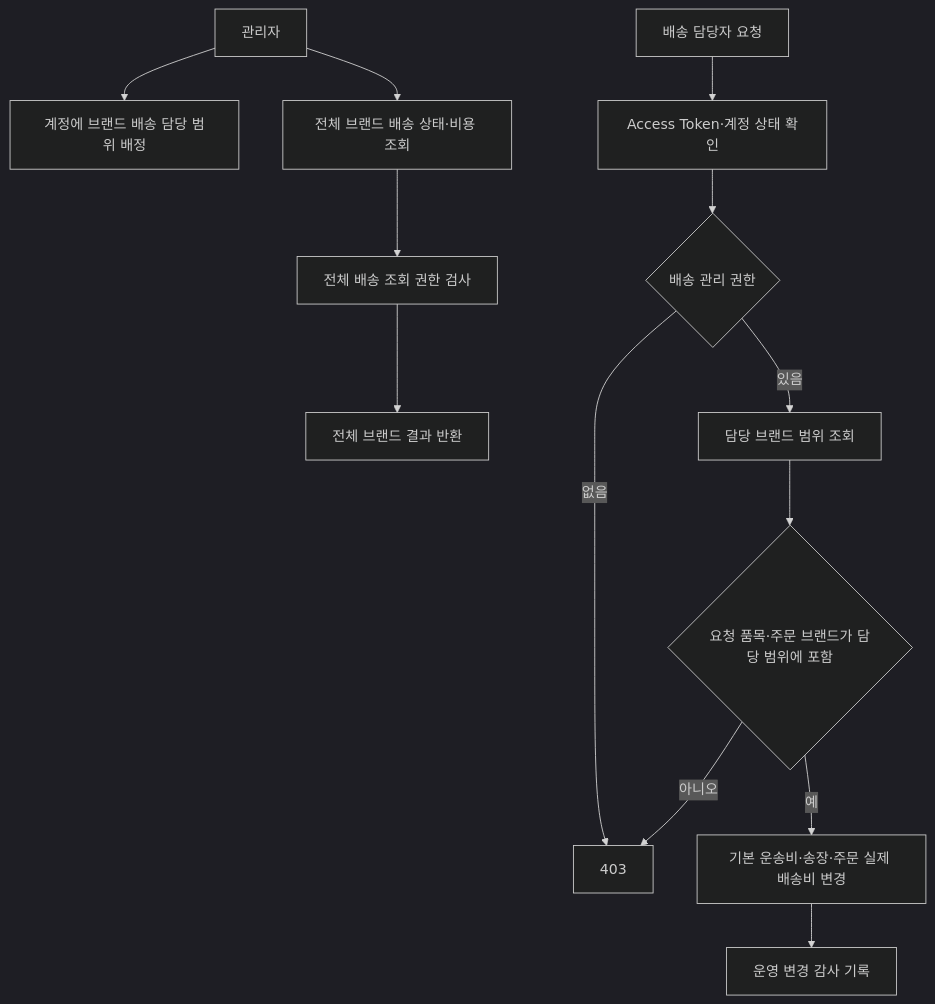
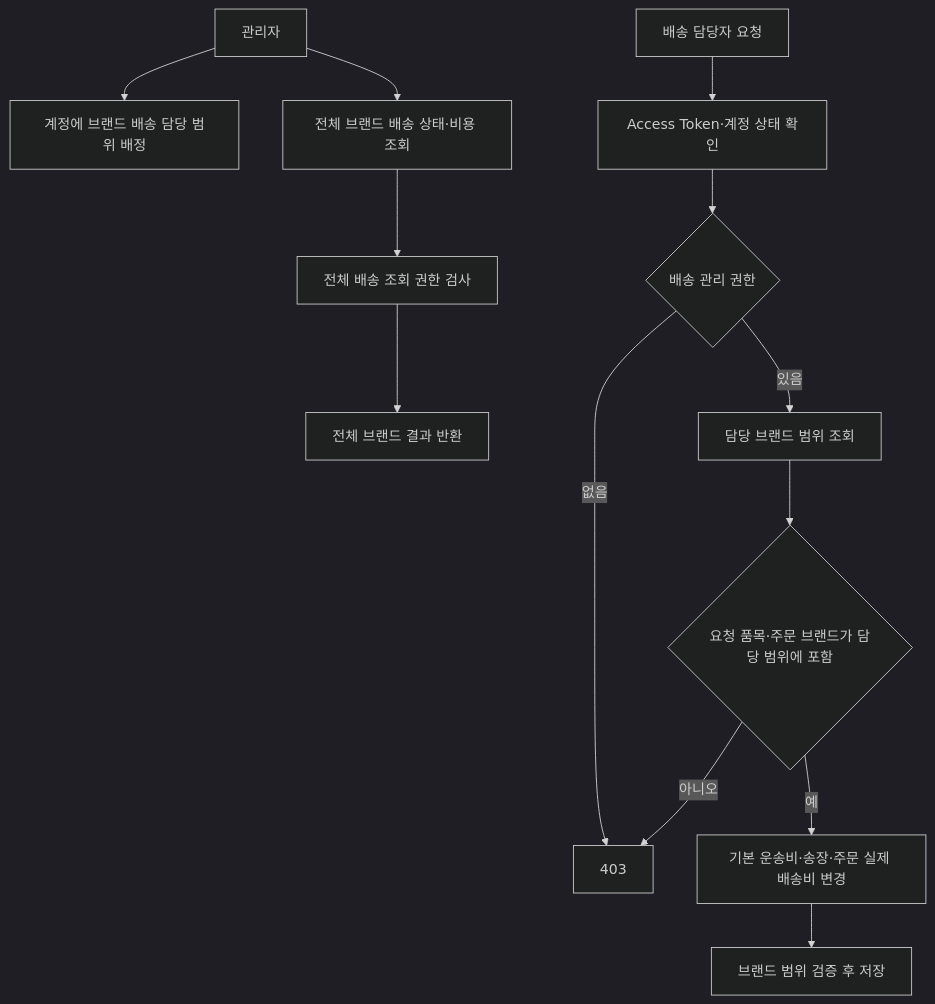
The eighth of 8 diagrams in docs/services/operation.md (DongHyeonEom/umji-market-api), drawn with Mermaid (dark theme) before and after one commit. The commit also changed other lines of this file and 46 other files, not shown here.

````diff
--- a/docs/services/operation.md
+++ b/docs/services/operation.md
@@ -438,15 +436,15 @@
 ```mermaid
 flowchart TD
     ADMIN[관리자] --> MAP[계정에 브랜드 배송 담당 범위 배정]
     MANAGER[배송 담당자 요청] --> AUTH[Access Token·계정 상태 확인]
     AUTH --> PERM{배송 관리 권한}
     PERM -->|없음| DENY[403]
     PERM -->|있음| SCOPE[담당 브랜드 범위 조회]
     SCOPE --> RESOURCE{요청 품목·주문 브랜드가 담당 범위에 포함}
     RESOURCE -->|아니오| DENY
     RESOURCE -->|예| CHANGE[기본 운송비·송장·주문 실제 배송비 변경]
-    CHANGE --> AUDIT[운영 변경 감사 기록]
+    CHANGE --> SAVE[브랜드 범위 검증 후 저장]
     ADMIN --> GLOBAL[전체 브랜드 배송 상태·비용 조회]
     GLOBAL --> READPERM[전체 배송 조회 권한 검사]
     READPERM --> ALL[전체 브랜드 결과 반환]
 ```
````
